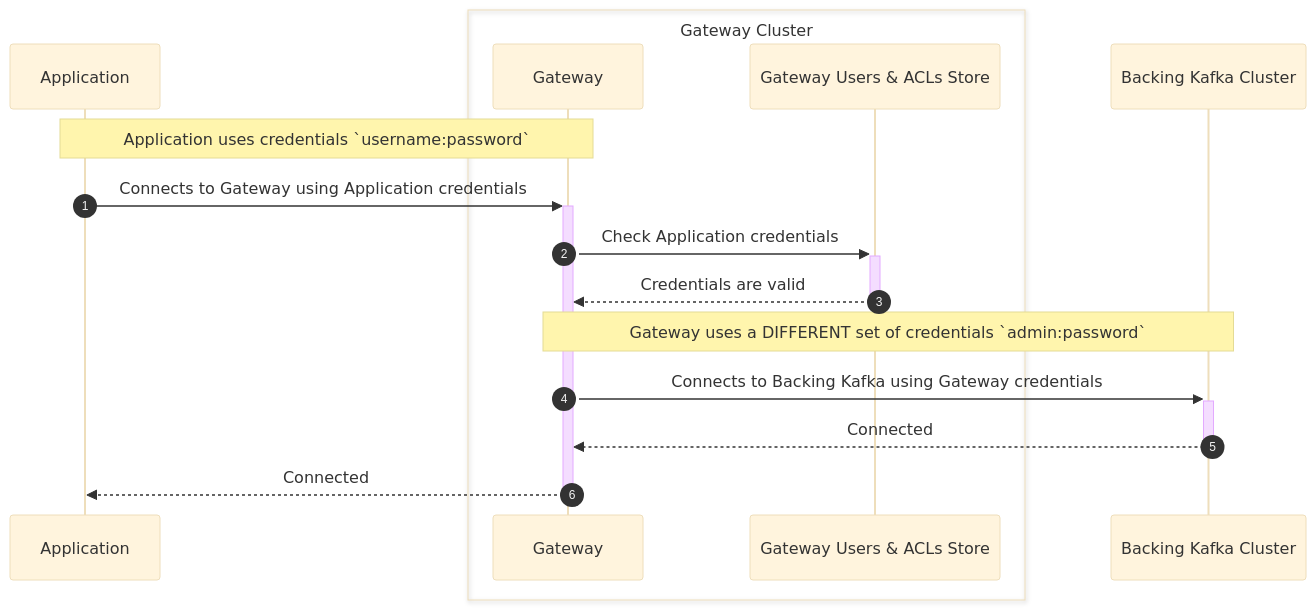
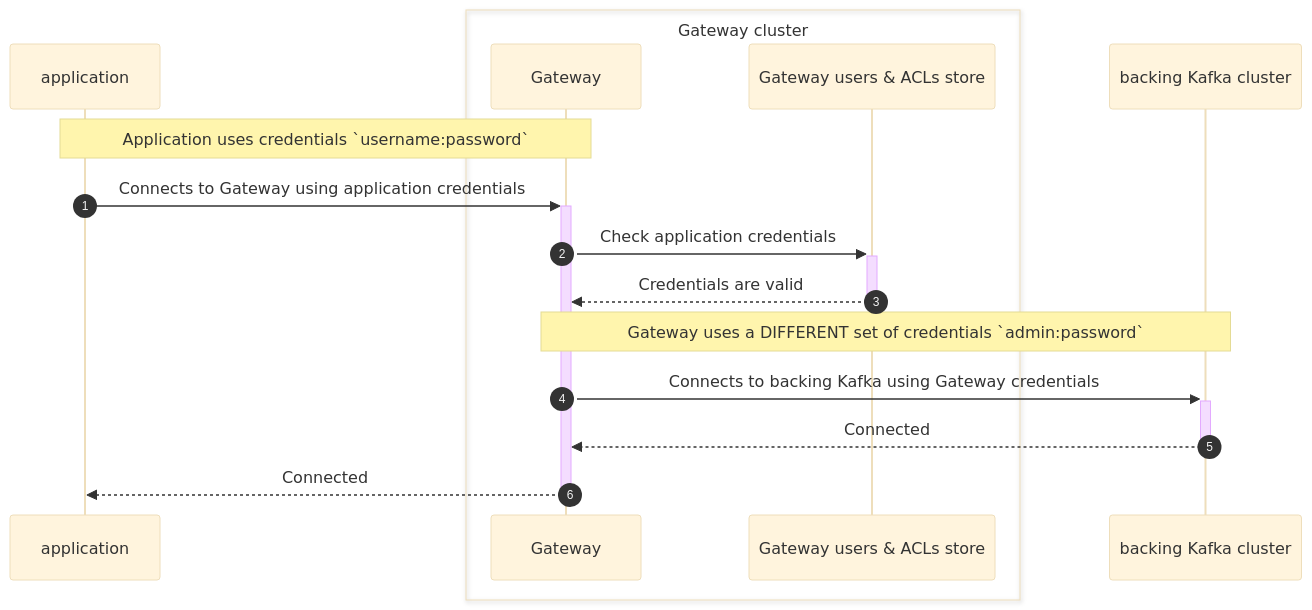
Before and after one commit to conduktor/conduktor-docs: the first of 8 diagrams in docs/gateway/configuration/index.md, drawn with Mermaid (base theme). The commit also changed other lines of this file, not shown here.

````diff
--- a/docs/gateway/configuration/index.md
+++ b/docs/gateway/configuration/index.md
@@ -27,19 +27,19 @@
 ```mermaid
 sequenceDiagram
 	autonumber
-	participant A as Application 
-	box Gateway Cluster
+	participant A as application 
+	box Gateway cluster
     participant GW as Gateway
-    participant GW2 as Gateway Users & ACLs Store
+    participant GW2 as Gateway users & ACLs store
     end
-    participant K as Backing Kafka Cluster
+    participant K as backing Kafka cluster
 	
 	Note over A,GW: Application uses credentials `username:password`
-    A->>+GW: Connects to Gateway using Application credentials
-    GW->>+GW2: Check Application credentials
+    A->>+GW: Connects to Gateway using application credentials
+    GW->>+GW2: Check application credentials
     GW2-->>-GW: Credentials are valid
     Note over GW,K: Gateway uses a DIFFERENT set of credentials `admin:password`
-    GW->>+K: Connects to Backing Kafka using Gateway credentials
+    GW->>+K: Connects to backing Kafka using Gateway credentials
     K-->>-GW: Connected
     GW-->>-A: Connected
 ```
````
